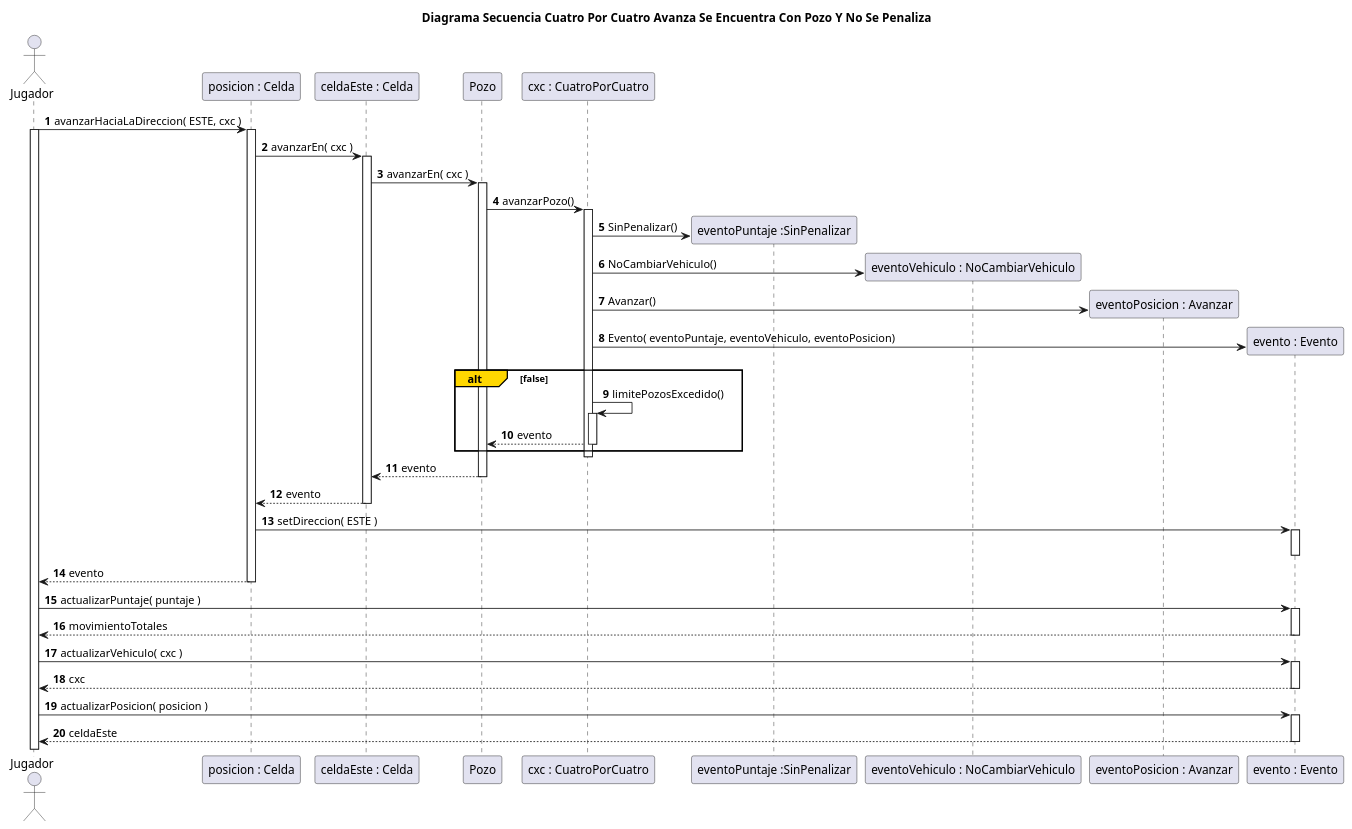
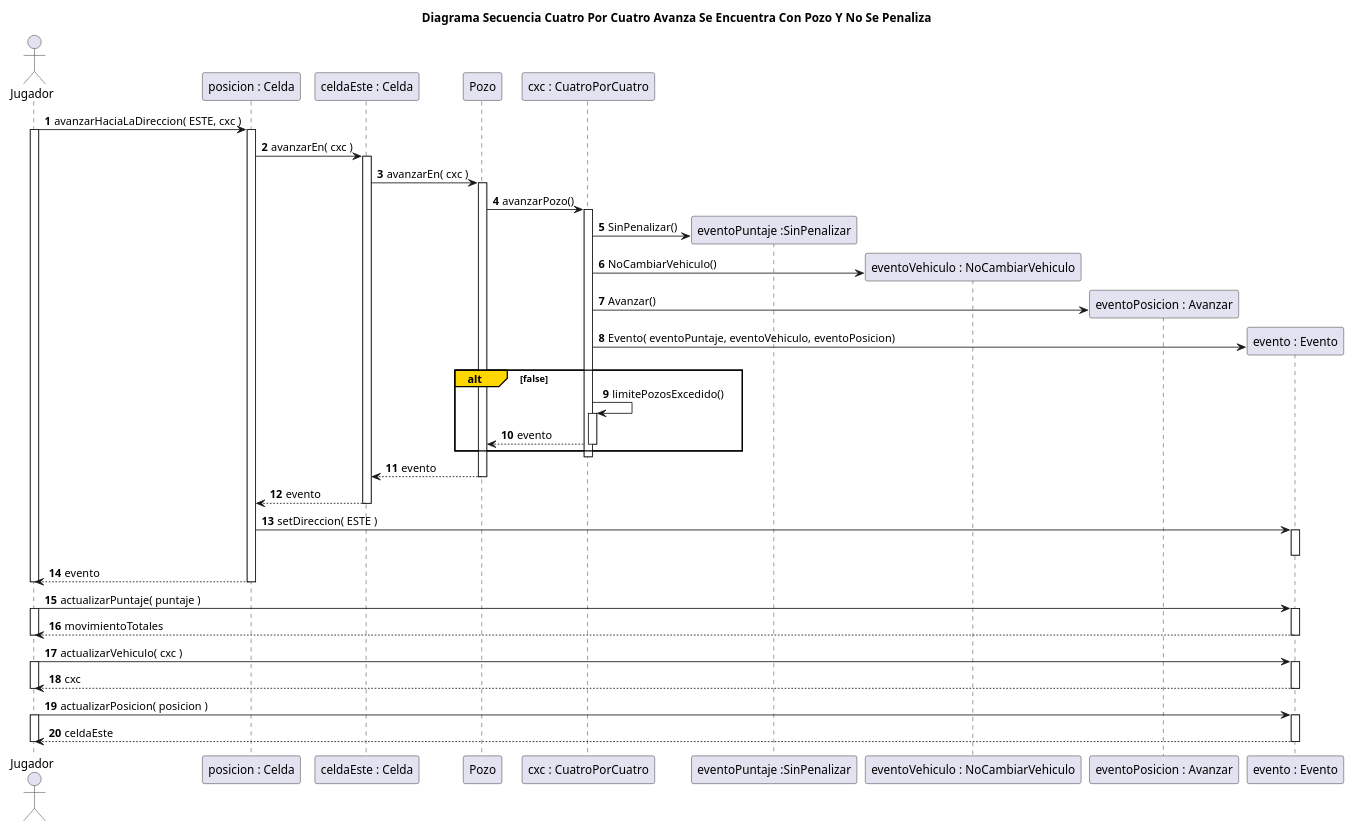
The diagram in diagrams/sequences/entrega1/actualizados/DiagramaSecuenciaCasoConPozoEnCuatroPorCuatro.puml (rodrigovzq/algo3_tp2), drawn with PlantUML before and after one commit. The commit also changed 11 other files, not shown here.

Commit message:
Actualizacion diagramas de Secuencia

```diff
--- a/diagrams/sequences/entrega1/actualizados/DiagramaSecuenciaCasoConPozoEnCuatroPorCuatro.puml
+++ b/diagrams/sequences/entrega1/actualizados/DiagramaSecuenciaCasoConPozoEnCuatroPorCuatro.puml
@@ -1,62 +1,71 @@
 @startuml
 title Diagrama Secuencia Cuatro Por Cuatro Avanza Se Encuentra Con Pozo Y No Se Penaliza
 
 
 autonumber
 
 actor Jugador
 
 Jugador -> "posicion : Celda"++: avanzarHaciaLaDireccion( ESTE, cxc )
 
 activate Jugador
 "posicion : Celda" -> "celdaEste : Celda"++: avanzarEn( cxc )
 
 
 "celdaEste : Celda" -> Pozo++: avanzarEn( cxc )
 Pozo -> "cxc : CuatroPorCuatro"++: avanzarPozo()
 
 create "eventoPuntaje :SinPenalizar"
 "cxc : CuatroPorCuatro"-> "eventoPuntaje :SinPenalizar": SinPenalizar()
 
 create "eventoVehiculo : NoCambiarVehiculo"
 "cxc : CuatroPorCuatro"-> "eventoVehiculo : NoCambiarVehiculo": NoCambiarVehiculo()
 
 create "eventoPosicion : Avanzar"
 "cxc : CuatroPorCuatro"-> "eventoPosicion : Avanzar": Avanzar()
 
 create "evento : Evento"
 "cxc : CuatroPorCuatro"  -> "evento : Evento": Evento( eventoPuntaje, eventoVehiculo, eventoPosicion)
 
 
 
 alt#Gold   false
     "cxc : CuatroPorCuatro" -> "cxc : CuatroPorCuatro"++: limitePozosExcedido()
     "cxc : CuatroPorCuatro" --> Pozo: evento
     deactivate "cxc : CuatroPorCuatro"
 end
 
 
 
 deactivate "cxc : CuatroPorCuatro"
 
 Pozo --> "celdaEste : Celda": evento
 deactivate Pozo
 
 
 "celdaEste : Celda" --> "posicion : Celda": evento
 deactivate "celdaEste : Celda"
 
 "posicion : Celda" -> "evento : Evento"++: setDireccion( ESTE )
 deactivate "evento : Evento"
 "posicion : Celda" --> Jugador--: evento
+deactivate Jugador
+
+Jugador -> "evento : Evento"++: actualizarPuntaje( puntaje )
+activate Jugador
+Jugador <-- "evento : Evento"--: movimientoTotales
+deactivate Jugador
 
 
-Jugador -> "evento : Evento"++: actualizarPuntaje( puntaje )
-Jugador <-- "evento : Evento"--: movimientoTotales
+Jugador -> "evento : Evento"++: actualizarVehiculo( cxc )
+activate Jugador
+Jugador <-- "evento : Evento"--: cxc
+deactivate Jugador
 
-Jugador -> "evento : Evento"++: actualizarVehiculo( cxc )
-Jugador <-- "evento : Evento"--: cxc
 
 Jugador -> "evento : Evento"++: actualizarPosicion( posicion )
+activate Jugador
 Jugador <-- "evento : Evento"--: celdaEste
+deactivate Jugador
+
 @enduml
```
